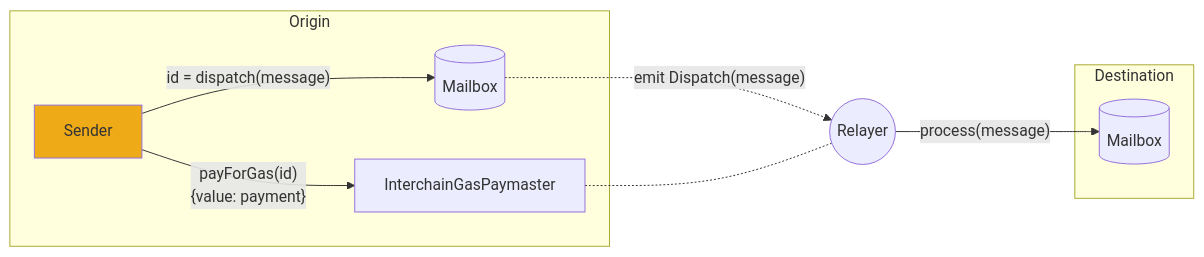
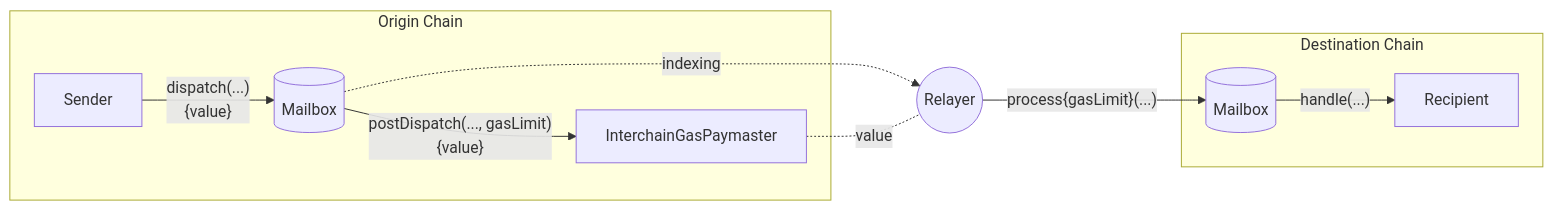
Before and after one commit to hyperlane-xyz/v3-docs: the diagram in docs/protocol/interchain-gas-payment.mdx, drawn with Mermaid. The commit also changed other lines of this file and 3 other files, not shown here.

````diff
--- a/docs/protocol/interchain-gas-payment.mdx
+++ b/docs/protocol/interchain-gas-payment.mdx
@@ -17,25 +7,22 @@
 ```mermaid
 flowchart LR
-    subgraph Origin
+    subgraph Origin Chain
       Sender
       M_O[(Mailbox)]
       IGP[InterchainGasPaymaster]
-      Sender -- "id = dispatch(message)" --> M_O
-      Sender -- "payForGas(id)\n{value: payment}" --> IGP
+      Sender -- "dispatch(...)\n{value}" --> M_O
+      M_O -- "postDispatch(..., gasLimit)\n{value}" --> IGP
     end
 
     Relayer((Relayer))
 
-    M_O -. "emit Dispatch(message)" .-> Relayer
-    IGP -.- Relayer
+    M_O -. "indexing" .-> Relayer
+    IGP -. "value" .- Relayer
 
-    subgraph Destination
+    subgraph Destination Chain
       M_D[(Mailbox)]
+      M_D -- "handle(...)" --> Recipient
     end
 
-    Relayer -- "process(message)" --> M_D
-
-    style Sender fill:#efab17
-
-    click IGP https://github.com/hyperlane-xyz/hyperlane-monorepo/blob/main/solidity/contracts/igps/InterchainGasPaymaster.sol
+    Relayer -- "process{gasLimit}(...)" --> M_D
 ```
````
